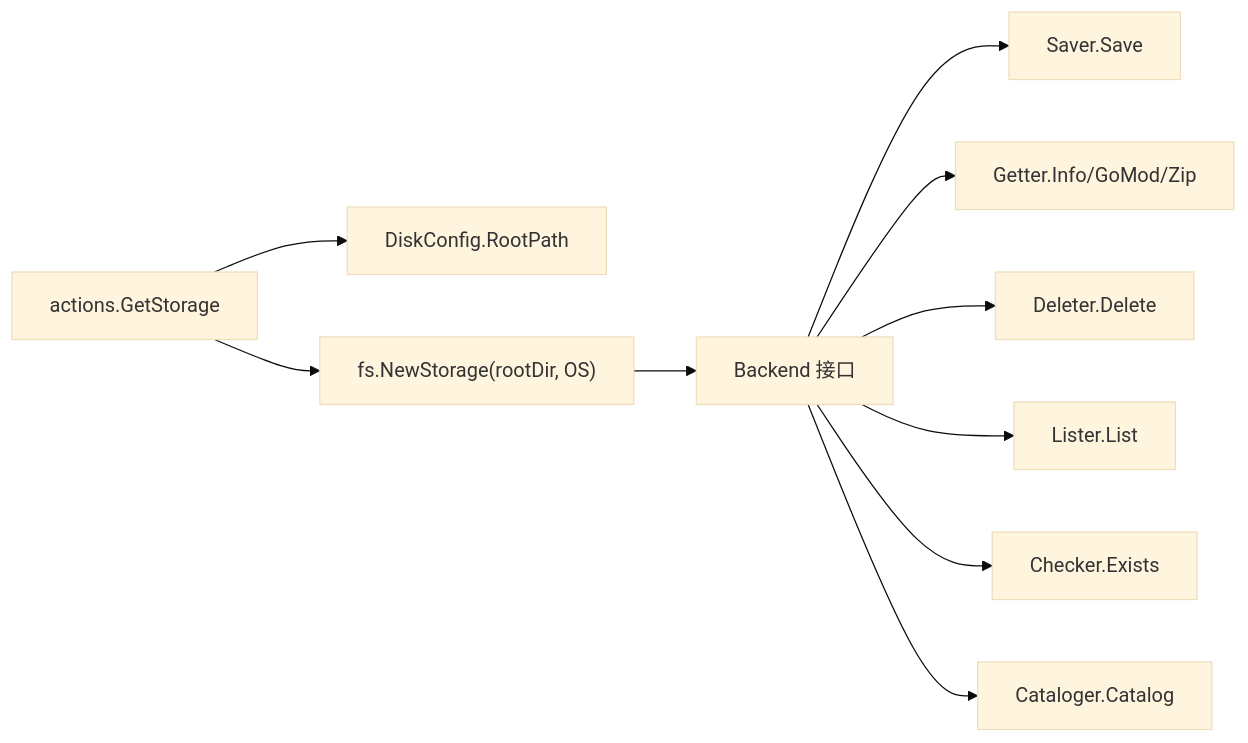
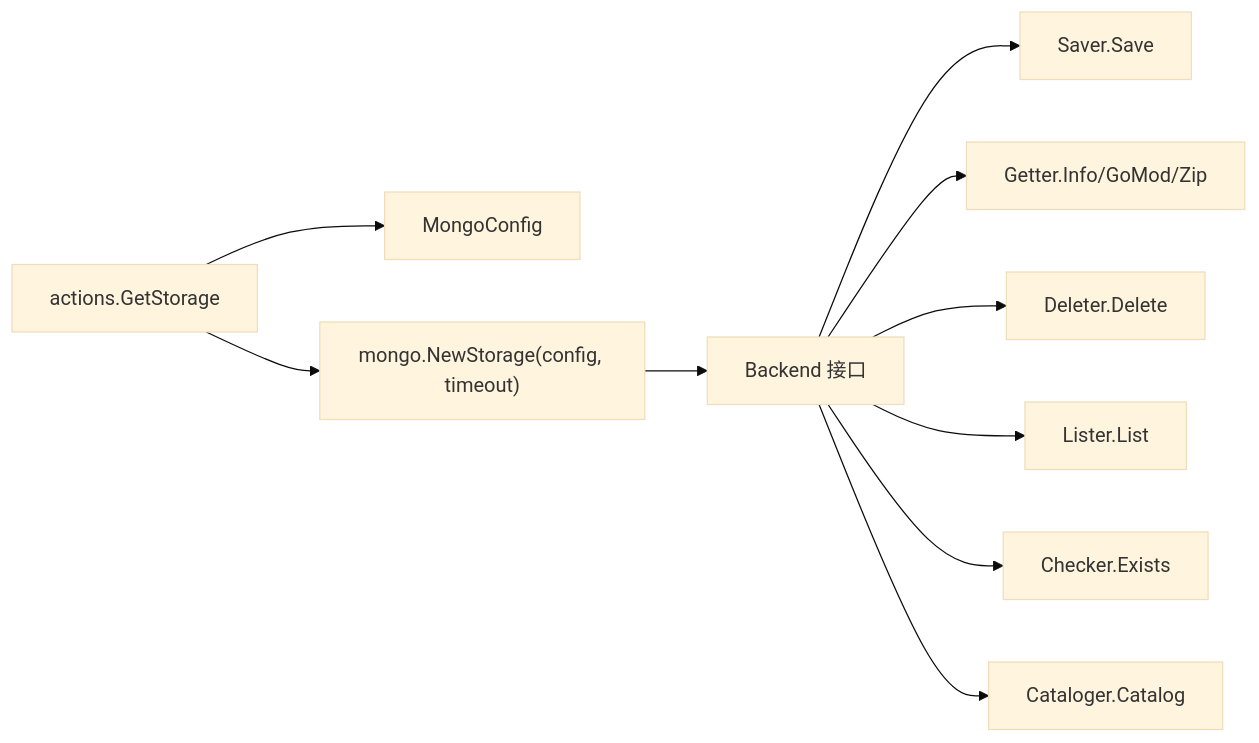
One commit to leimeng-go/athens changed the fourth of 4 diagrams in .qoder/repowiki/zh/content/配置参考/存储后端配置/文件系统存储配置.md. Above: the diagram before and after it, drawn with Mermaid (base theme). The commit also changed other lines of this file and 14 other files, not shown here.

````diff
--- a/.qoder/repowiki/zh/content/配置参考/存储后端配置/文件系统存储配置.md
+++ b/.qoder/repowiki/zh/content/配置参考/存储后端配置/文件系统存储配置.md
@@ -275,12 +159,12 @@
 ```mermaid
 graph LR
-Actions["actions.GetStorage"] --> DiskCfg["DiskConfig.RootPath"]
-Actions --> FSNew["fs.NewStorage(rootDir, OS)"]
-FSNew --> BackendIface["Backend 接口"]
+Actions["actions.GetStorage"] --> MongoCfg["MongoConfig"]
+Actions --> MongoNew["mongo.NewStorage(config, timeout)"]
+MongoNew --> BackendIface["Backend 接口"]
 BackendIface --> Saver["Saver.Save"]
 BackendIface --> Getter["Getter.Info/GoMod/Zip"]
 BackendIface --> Deleter["Deleter.Delete"]
 BackendIface --> Lister["Lister.List"]
 BackendIface --> Checker["Checker.Exists"]
 BackendIface --> Cataloger["Cataloger.Catalog"]
 ```
````
